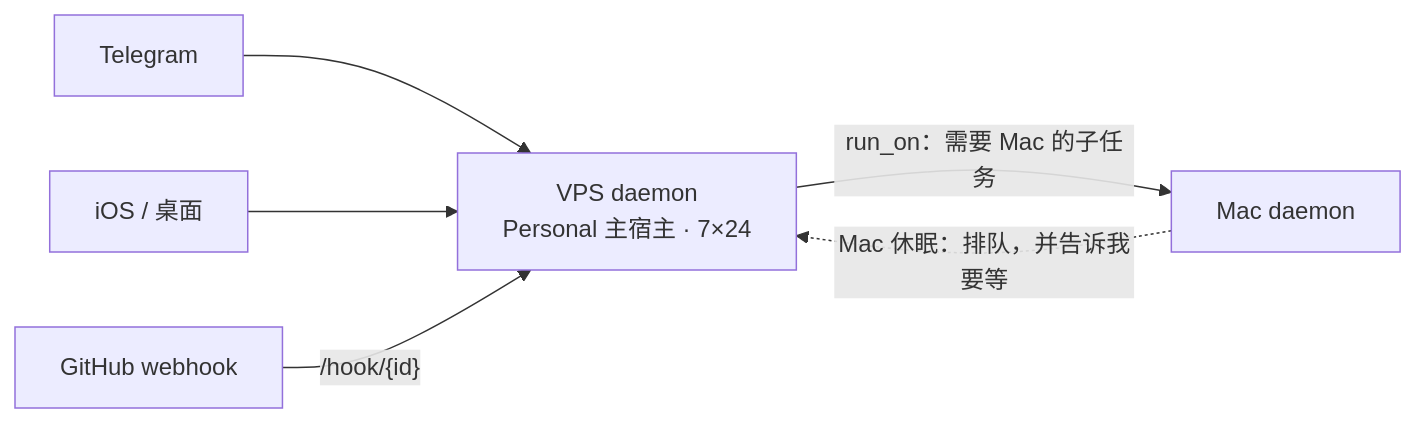
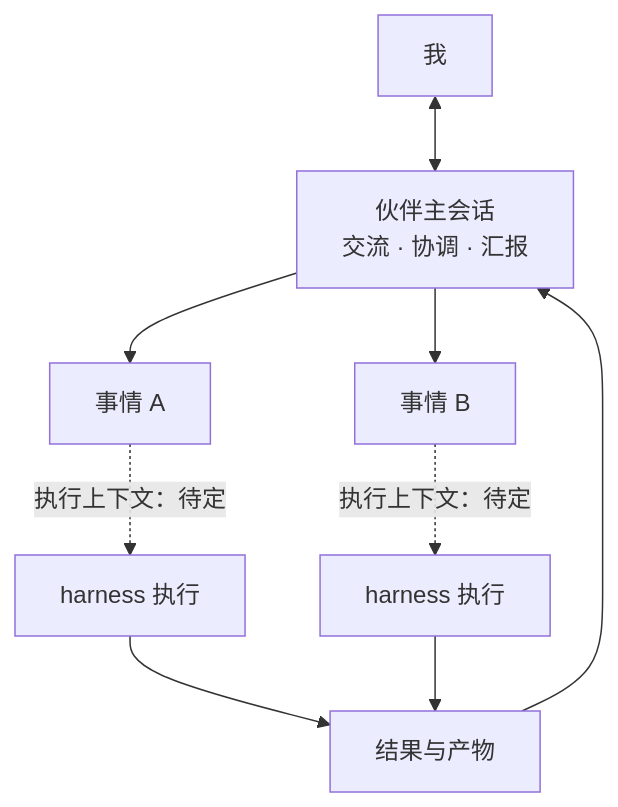
The first of 2 diagrams in docs/design/0010-personal-mode.md (yangflow/hoplet), drawn with Mermaid before and after one commit. The commit also changed other lines of this file and 26 other files, not shown here.

Commit message:
docs(design): align designs and roadmap with implementation

````diff
--- a/docs/design/0010-personal-mode.md
+++ b/docs/design/0010-personal-mode.md
@@ -23,8 +18,11 @@
 ```mermaid
-flowchart LR
-    TG["Telegram"] --> V["VPS daemon<br/>Personal 主宿主 · 7×24"]
-    App["iOS / 桌面"] --> V
-    V -- "run_on：需要 Mac 的子任务" --> M["Mac daemon"]
-    M -. "Mac 休眠：排队，并告诉我要等" .-> V
-    GH["GitHub webhook"] -- "/hook/{id}" --> V
+flowchart TB
+    Me["我"] <--> Main["伙伴主会话<br/>交流 · 协调 · 汇报"]
+    Main --> A["事情 A"]
+    Main --> B["事情 B"]
+    A -. "执行上下文：待定" .-> HA["harness 执行"]
+    B -. "执行上下文：待定" .-> HB["harness 执行"]
+    HA --> Results["结果与产物"]
+    HB --> Results
+    Results --> Main
 ```
````
